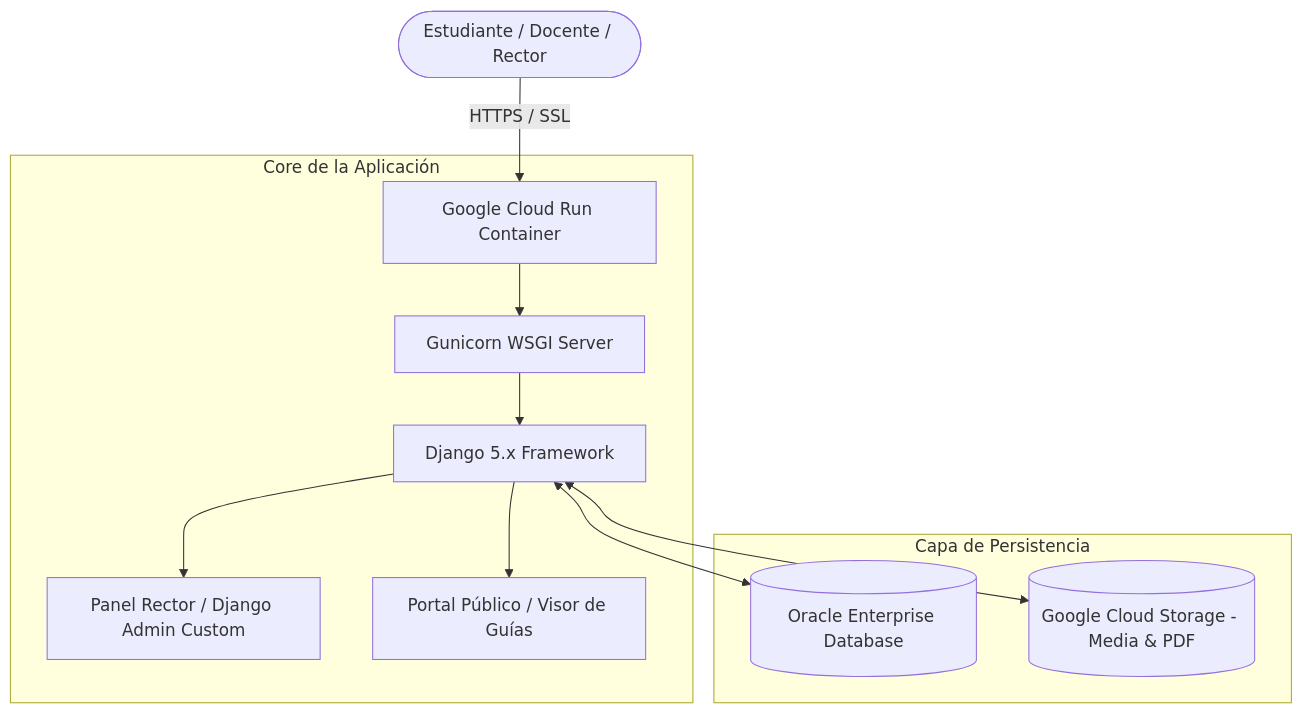
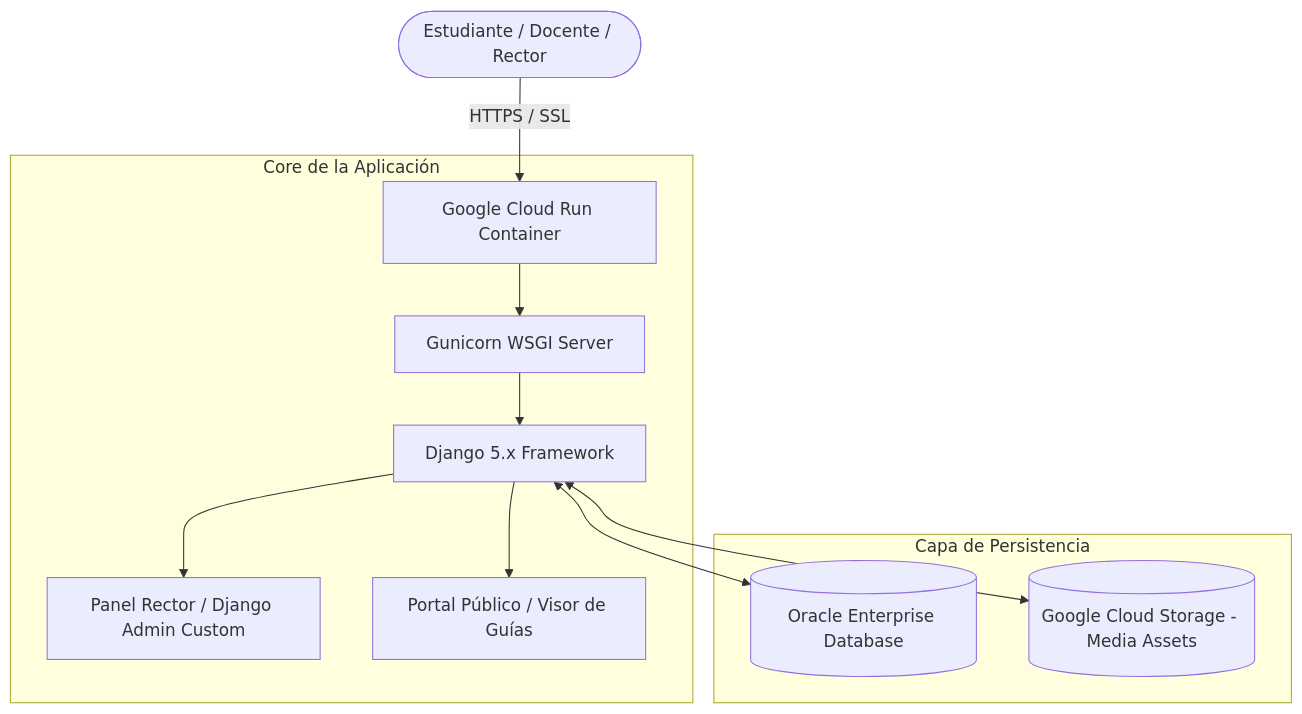
The diagram in README.md (jd5073356-max/athena-ceis), drawn with Mermaid before and after one commit. The commit also changed other lines of this file, not shown here.

Commit message:
docs: adjust Athena README to reflect active cloud migration status

````diff
--- a/README.md
+++ b/README.md
@@ -39,16 +38,16 @@
 ```mermaid
 graph TD
     User([Estudiante / Docente / Rector]) -->|HTTPS / SSL| CloudRun[Google Cloud Run Container]
     
     subgraph Core de la Aplicación
         CloudRun --> WSGI[Gunicorn WSGI Server]
         WSGI --> DjangoCore[Django 5.x Framework]
         DjangoCore --> AdminPanel[Panel Rector / Django Admin Custom]
         DjangoCore --> PublicWeb[Portal Público / Visor de Guías]
     end
     
     subgraph Capa de Persistencia
         DjangoCore <--> OracleDB[(Oracle Enterprise Database)]
-        DjangoCore <--> GCS[(Google Cloud Storage - Media & PDF)]
+        DjangoCore <--> GCS[(Google Cloud Storage - Media Assets)]
     end
 ```
````
